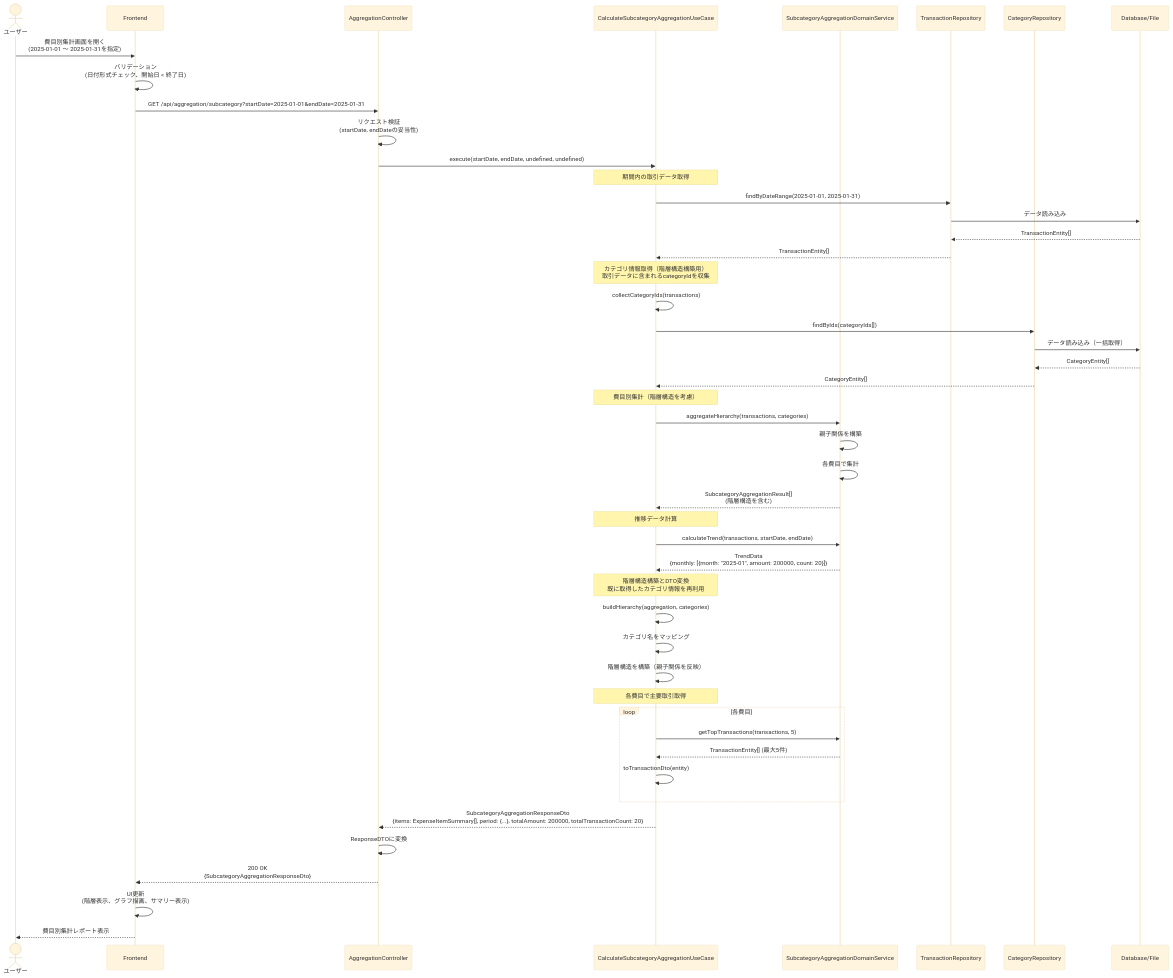
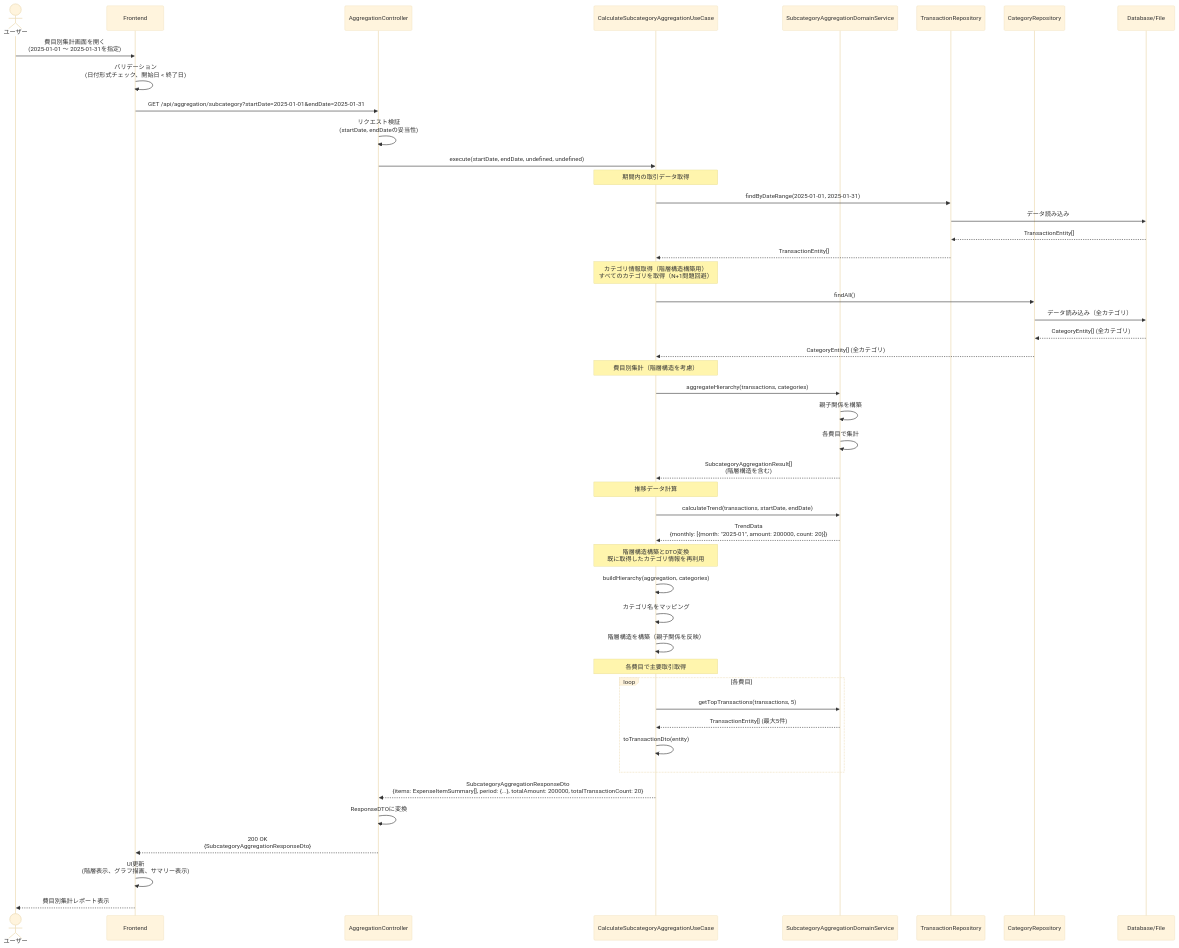
The first of 6 diagrams in docs/detailed-design/FR-019_subcategory-aggregation/sequence-diagrams.md (kencom2400/account-book), drawn with Mermaid (base theme) before and after one commit. The commit also changed other lines of this file and 1 other file, not shown here.

Commit message:
docs: Gemini指摘対応 - 全費目集計フローでfindAll()を使用してN+1問題を回避
- ICategoryRepositoryにfindAll()メソッドを追加（既存実装に存在）
- 全費目集計フローで、トランザクションのcategoryIdのみを基にfindByIds()で取得するのではなく、
  findAll()を使用してすべてのカテゴリを一度に取得するように修正
- 階層構造構築時に親カテゴリに取引がない場合でも、親エンティティが取得され、
  追加のDBクエリが不要になるように改善

Gemini PR#347レビュー対応

````diff
--- a/docs/detailed-design/FR-019_subcategory-aggregation/sequence-diagrams.md
+++ b/docs/detailed-design/FR-019_subcategory-aggregation/sequence-diagrams.md
@@ -34,60 +34,59 @@
 ```mermaid
 sequenceDiagram
     actor User as ユーザー
     participant FE as Frontend
     participant API as AggregationController
     participant UC as CalculateSubcategoryAggregationUseCase
     participant DS as SubcategoryAggregationDomainService
     participant TRepo as TransactionRepository
     participant CRepo as CategoryRepository
     participant DB as Database/File
 
     User->>FE: 費目別集計画面を開く<br/>(2025-01-01 〜 2025-01-31を指定)
     FE->>FE: バリデーション<br/>(日付形式チェック、開始日 < 終了日)
     FE->>API: GET /api/aggregation/subcategory?startDate=2025-01-01&endDate=2025-01-31
 
     API->>API: リクエスト検証<br/>(startDate, endDateの妥当性)
     API->>UC: execute(startDate, endDate, undefined, undefined)
 
     Note over UC: 期間内の取引データ取得
     UC->>TRepo: findByDateRange(2025-01-01, 2025-01-31)
     TRepo->>DB: データ読み込み
     DB-->>TRepo: TransactionEntity[]
     TRepo-->>UC: TransactionEntity[]
 
-    Note over UC: カテゴリ情報取得（階層構造構築用）<br/>取引データに含まれるcategoryIdを収集
-    UC->>UC: collectCategoryIds(transactions)
-    UC->>CRepo: findByIds(categoryIds[])
-    CRepo->>DB: データ読み込み（一括取得）
-    DB-->>CRepo: CategoryEntity[]
-    CRepo-->>UC: CategoryEntity[]
+    Note over UC: カテゴリ情報取得（階層構造構築用）<br/>すべてのカテゴリを取得（N+1問題回避）
+    UC->>CRepo: findAll()
+    CRepo->>DB: データ読み込み（全カテゴリ）
+    DB-->>CRepo: CategoryEntity[] (全カテゴリ)
+    CRepo-->>UC: CategoryEntity[] (全カテゴリ)
 
     Note over UC: 費目別集計（階層構造を考慮）
     UC->>DS: aggregateHierarchy(transactions, categories)
     DS->>DS: 親子関係を構築
     DS->>DS: 各費目で集計
     DS-->>UC: SubcategoryAggregationResult[]<br/>(階層構造を含む)
 
     Note over UC: 推移データ計算
     UC->>DS: calculateTrend(transactions, startDate, endDate)
     DS-->>UC: TrendData<br/>{monthly: [{month: "2025-01", amount: 200000, count: 20}]}
 
     Note over UC: 階層構造構築とDTO変換<br/>既に取得したカテゴリ情報を再利用
     UC->>UC: buildHierarchy(aggregation, categories)
     UC->>UC: カテゴリ名をマッピング
     UC->>UC: 階層構造を構築（親子関係を反映）
 
     Note over UC: 各費目で主要取引取得
     loop 各費目
         UC->>DS: getTopTransactions(transactions, 5)
         DS-->>UC: TransactionEntity[] (最大5件)
         UC->>UC: toTransactionDto(entity)
     end
 
     UC-->>API: SubcategoryAggregationResponseDto<br/>{items: ExpenseItemSummary[], period: {...}, totalAmount: 200000, totalTransactionCount: 20}
 
     API->>API: ResponseDTOに変換
     API-->>FE: 200 OK<br/>{SubcategoryAggregationResponseDto}
     FE->>FE: UI更新<br/>(階層表示、グラフ描画、サマリー表示)
     FE-->>User: 費目別集計レポート表示
 ```
````
